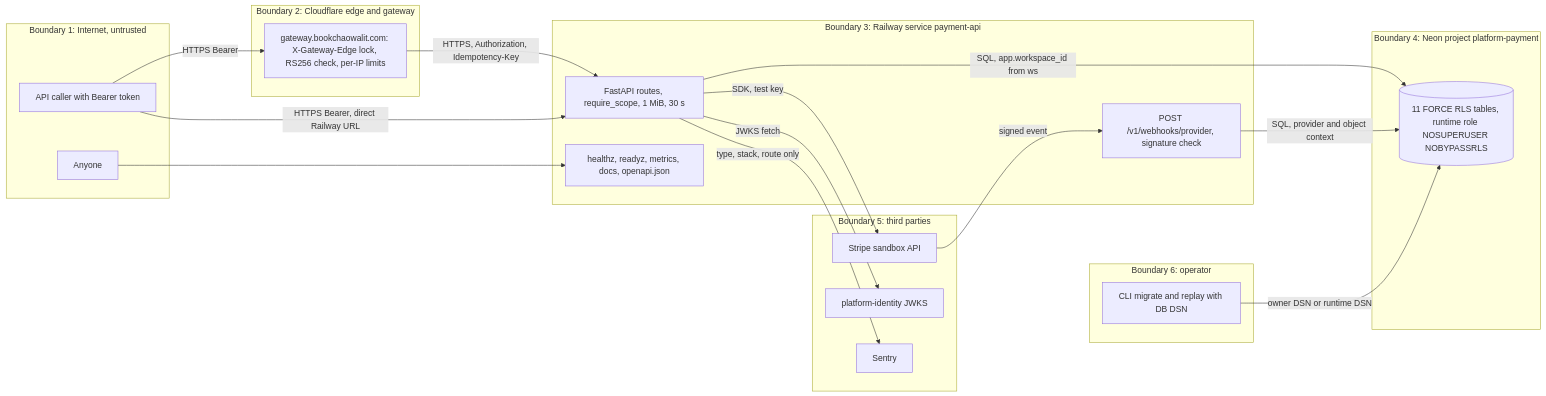
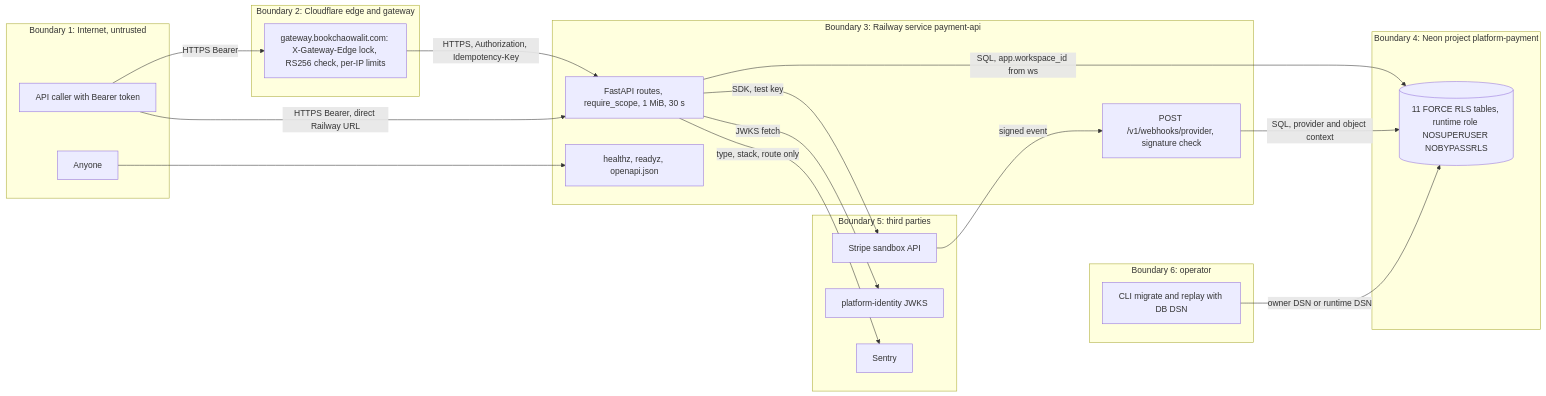
Before and after one commit to bookchaowalit-backend/platform-payment: the diagram in docs/diagrams/13-threat-model.md, drawn with Mermaid. The commit also changed other lines of this file and 5 other files, not shown here.

````diff
--- a/docs/diagrams/13-threat-model.md
+++ b/docs/diagrams/13-threat-model.md
@@ -8,37 +8,37 @@
 ```mermaid
 flowchart LR
   subgraph INET["Boundary 1: Internet, untrusted"]
     CL["API caller with Bearer token"]
     ANY["Anyone"]
   end
   subgraph EDGE["Boundary 2: Cloudflare edge and gateway"]
     GW["gateway.bookchaowalit.com: X-Gateway-Edge lock, RS256 check, per-IP limits"]
   end
   subgraph RW["Boundary 3: Railway service payment-api"]
     API["FastAPI routes, require_scope, 1 MiB, 30 s"]
     WH["POST /v1/webhooks/provider, signature check"]
-    PUB["healthz, readyz, metrics, docs, openapi.json"]
+    PUB["healthz, readyz, openapi.json"]
   end
   subgraph DATA["Boundary 4: Neon project platform-payment"]
     DB[("11 FORCE RLS tables, runtime role NOSUPERUSER NOBYPASSRLS")]
   end
   subgraph EXT["Boundary 5: third parties"]
     ST["Stripe sandbox API"]
     IDP["platform-identity JWKS"]
     SN["Sentry"]
   end
   subgraph OPS["Boundary 6: operator"]
     OP["CLI migrate and replay with DB DSN"]
   end
   CL -->|"HTTPS Bearer"| GW
   GW -->|"HTTPS, Authorization, Idempotency-Key"| API
   CL -->|"HTTPS Bearer, direct Railway URL"| API
   ST -->|"signed event"| WH
   ANY --> PUB
   API -->|"SQL, app.workspace_id from ws"| DB
   WH -->|"SQL, provider and object context"| DB
   API -->|"SDK, test key"| ST
   API -->|"JWKS fetch"| IDP
   API -->|"type, stack, route only"| SN
   OP -->|"owner DSN or runtime DSN"| DB
 ```
````
